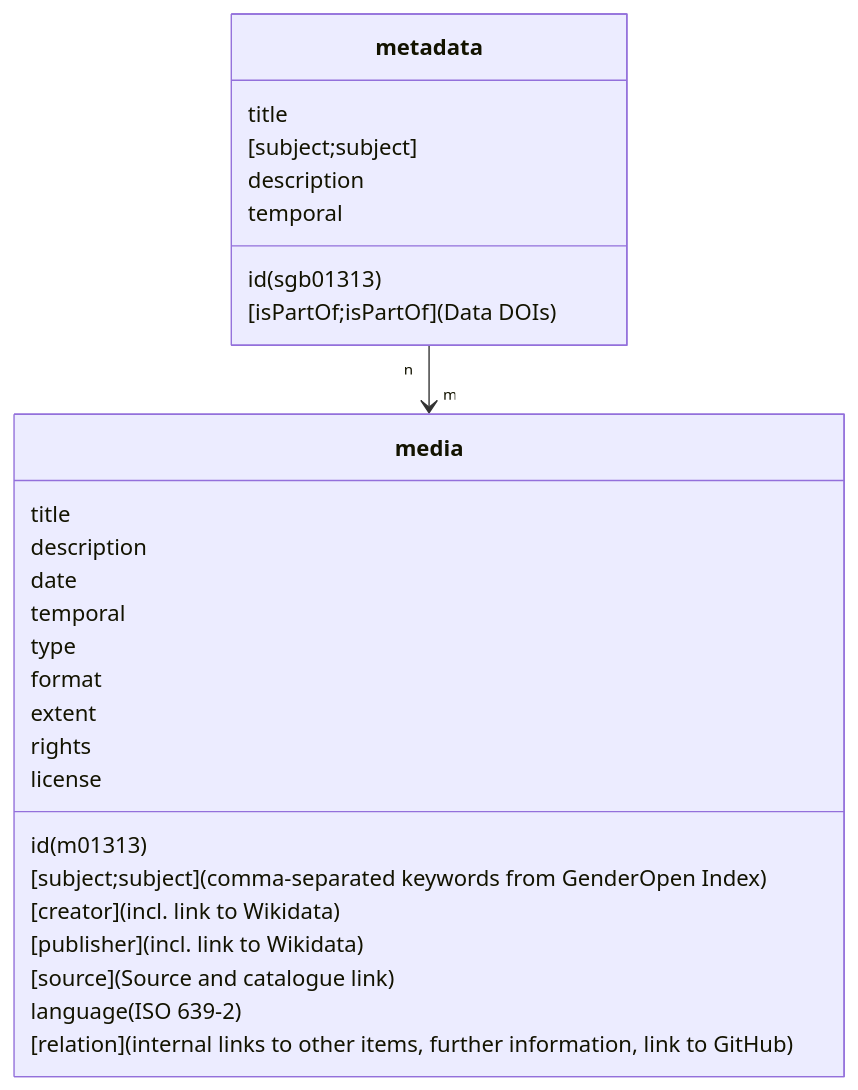
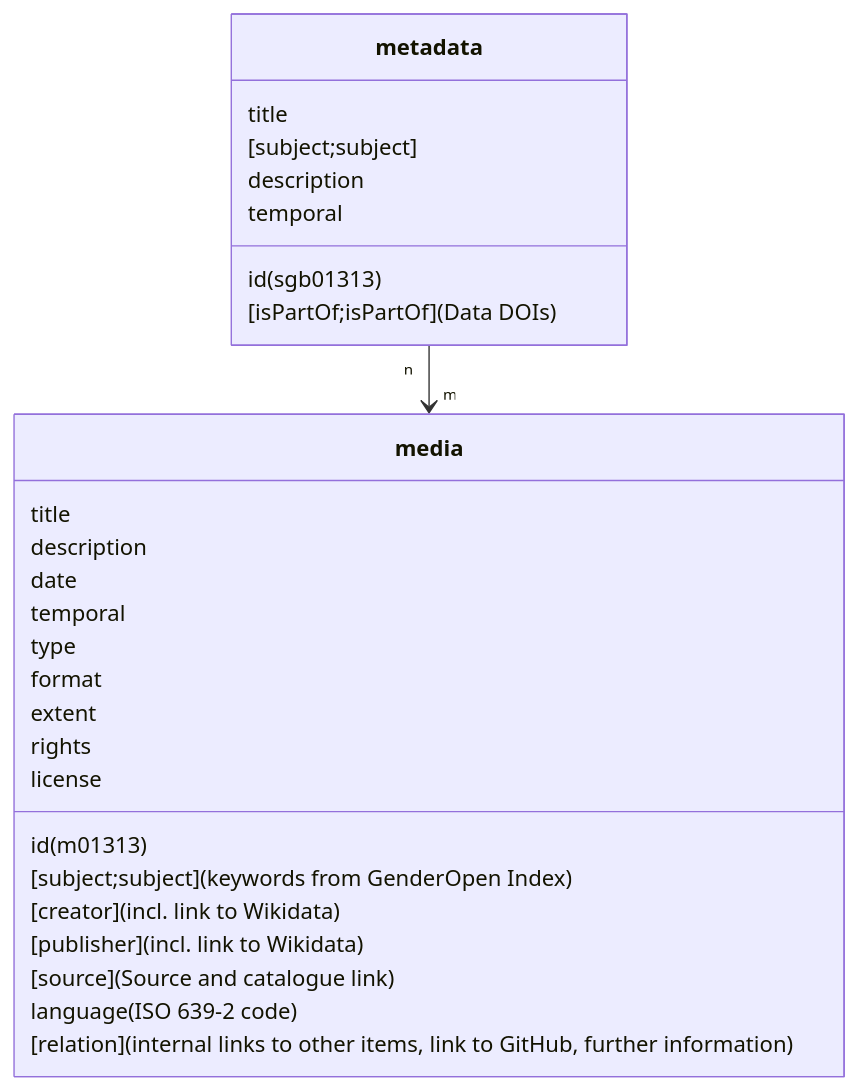
One commit to Stadt-Geschichte-Basel/forschung.stadtgeschichtebasel.ch changed the diagram in README.md. Above: the diagram before and after it, drawn with Mermaid.

Commit message:
feat: enhance mermaid diagram content

````diff
--- a/README.md
+++ b/README.md
@@ -41,30 +41,30 @@
 ```mermaid
 classDiagram
     class metadata {
         id (sgb01313)
         title
         [subject;subject]
         description
         temporal
         [isPartOf;isPartOf] (Data DOIs)
     }
     class media {
         id (m01313)
         title
-        [subject;subject] (comma-separated keywords from GenderOpen Index)
+        [subject;subject] (keywords from GenderOpen Index)
         description
         [creator] (incl. link to Wikidata)
         [publisher] (incl. link to Wikidata)
         date
         temporal
         type
         format
         extent
         [source] (Source and catalogue link)
-        language (ISO 639-2)
-        [relation] (internal links to other items, further information, link to GitHub)
+        language (ISO 639-2 code)
+        [relation] (internal links to other items, link to GitHub, further information)
         rights
         license
     }
     metadata "n" --> "m" media
 ```
````
